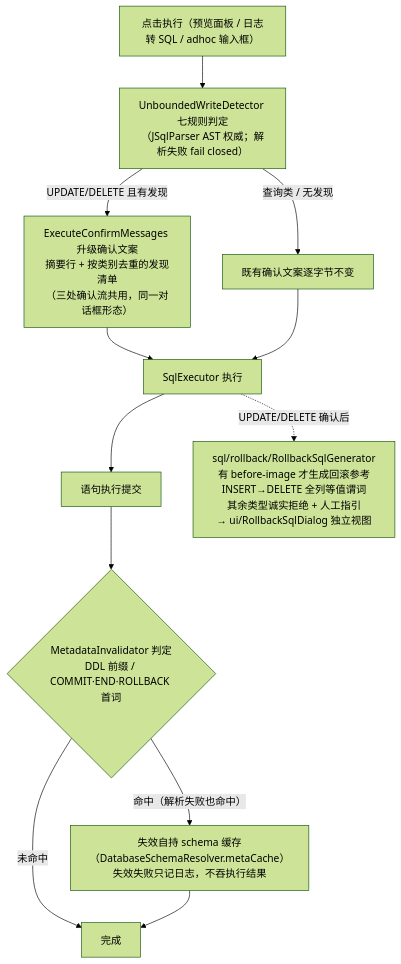
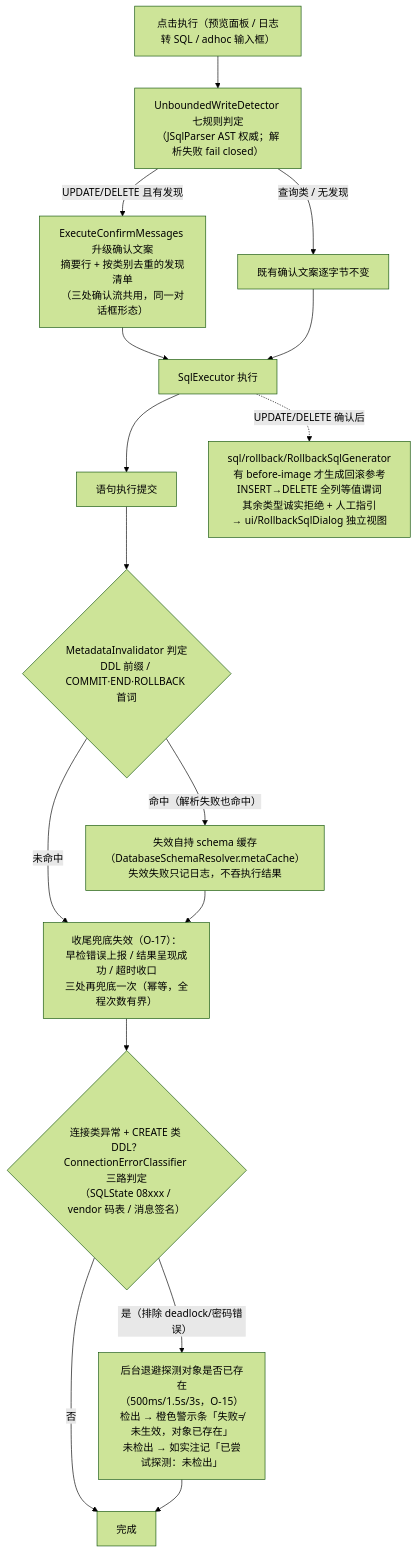
Before and after one commit to JayF211/mybatis-plus-sql-visualizer: the sixth of 17 diagrams in docs/架构设计/02-核心流程详解.md, drawn with Mermaid (forest theme). The commit also changed other lines of this file and 2 other files, not shown here.

````diff
--- a/docs/架构设计/02-核心流程详解.md
+++ b/docs/架构设计/02-核心流程详解.md
@@ -176,14 +178,18 @@
 ```mermaid
 flowchart TD
     CLICK["点击执行（预览面板 / 日志转 SQL / adhoc 输入框）"] --> DET["UnboundedWriteDetector 七规则判定<br/>（JSqlParser AST 权威；解析失败 fail closed）"]
     DET -->|"UPDATE/DELETE 且有发现"| MSG["ExecuteConfirmMessages 升级确认文案<br/>摘要行 + 按类别去重的发现清单<br/>（三处确认流共用，同一对话框形态）"]
     DET -->|"查询类 / 无发现"| ORIG["既有确认文案逐字节不变"]
     MSG --> EXEC["SqlExecutor 执行"]
     ORIG --> EXEC
     EXEC --> COMMIT["语句执行提交"]
     COMMIT --> DDL{"MetadataInvalidator 判定<br/>DDL 前缀 / COMMIT·END·ROLLBACK 首词"}
     DDL -->|"命中（解析失败也命中）"| INV["失效自持 schema 缓存<br/>（DatabaseSchemaResolver.metaCache）<br/>失效失败只记日志，不吞执行结果"]
-    DDL -->|"未命中"| DONE["完成"]
-    INV --> DONE
+    DDL -->|"未命中"| POST["收尾兜底失效（O-17）：<br/>早检错误上报 / 结果呈现成功 / 超时收口<br/>三处再兜底一次（幂等，全程次数有界）"]
+    INV --> POST
+    POST --> CONN{"连接类异常 + CREATE 类 DDL？<br/>ConnectionErrorClassifier 三路判定<br/>（SQLState 08xxx / vendor 码表 / 消息签名）"}
+    CONN -->|"是（排除 deadlock/密码错误）"| RECOVER["后台退避探测对象是否已存在<br/>（500ms/1.5s/3s，O-15）<br/>检出 → 橙色警示条「失败≠未生效，对象已存在」<br/>未检出 → 如实注记「已尝试探测：未检出」"]
+    CONN -->|"否"| DONE["完成"]
+    RECOVER --> DONE
     EXEC -.->|"UPDATE/DELETE 确认后"| RB["sql/rollback/RollbackSqlGenerator<br/>有 before-image 才生成回滚参考<br/>INSERT→DELETE 全列等值谓词<br/>其余类型诚实拒绝 + 人工指引<br/>→ ui/RollbackSqlDialog 独立视图"]
 ```
````
